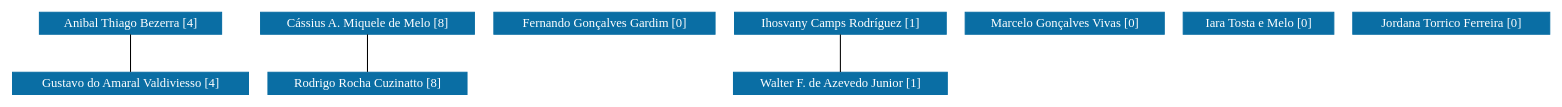
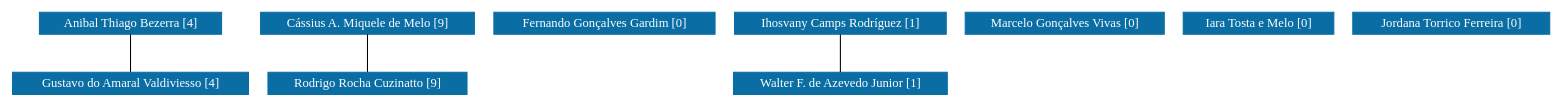
Before and after one commit to icamps/unifal-lattes.github.io: the diagram in PPGF-UNIFAL/grafoDeColaboracoesSemPesos.dot, drawn with Graphviz. The commit also changed 854 other files, not shown here.

```diff
--- a/PPGF-UNIFAL/grafoDeColaboracoesSemPesos.dot
+++ b/PPGF-UNIFAL/grafoDeColaboracoesSemPesos.dot
@@ -1,84 +1,84 @@
 strict graph grafo1 {
 	graph [bb="0,0,1207,78",
 		id=grafo1,
 		overlap=False
 	];
 	node [fontsize=12,
 		label="\N",
 		shape=rectangle,
 		style=filled
 	];
 	0	 [URL="membro-8478305453281130.html",
 		color="#0A6EA4",
 		fontcolor="#FFFFFF",
 		height=0.29167,
 		label="Anibal Thiago Bezerra [4]",
 		pos="91.5,67.5",
 		width=1.9861];
 	3	 [URL="membro-4023778019418442.html",
 		color="#0A6EA4",
 		fontcolor="#FFFFFF",
 		height=0.29167,
 		label="Gustavo do Amaral Valdiviesso [4]",
 		pos="91.5,10.5",
 		width=2.5417];
 	0 -- 3	 [pos="91.5,56.779 91.5,46.588 91.5,31.348 91.5,21.173"];
 	1	 [URL="membro-4002033080997386.html",
 		color="#0A6EA4",
 		fontcolor="#FFFFFF",
 		height=0.29167,
-		label="Cássius A. Miquele de Melo [8]",
+		label="Cássius A. Miquele de Melo [9]",
 		pos="278.5,67.5",
 		width=2.3194];
 	6	 [URL="membro-8073303573679522.html",
 		color="#0A6EA4",
 		fontcolor="#FFFFFF",
 		height=0.29167,
-		label="Rodrigo Rocha Cuzinatto [8]",
+		label="Rodrigo Rocha Cuzinatto [9]",
 		pos="278.5,10.5",
 		width=2.1389];
 	1 -- 6	 [pos="278.5,56.779 278.5,46.588 278.5,31.348 278.5,21.173"];
 	2	 [URL="membro-2425549033248106.html",
 		color="#0A6EA4",
 		fontcolor="#FFFFFF",
 		height=0.29167,
 		label="Fernando Gonçalves Gardim [0]",
 		pos="465.5,67.5",
 		width=2.3611];
 	4	 [URL="membro-3732563704810366.html",
 		color="#0A6EA4",
 		fontcolor="#FFFFFF",
 		height=0.29167,
 		label="Ihosvany Camps Rodríguez [1]",
 		pos="650.5,67.5",
 		width=2.2778];
 	7	 [URL="membro-4183276948524704.html",
 		color="#0A6EA4",
 		fontcolor="#FFFFFF",
 		height=0.29167,
 		label="Walter F. de Azevedo Junior [1]",
 		pos="650.5,10.5",
 		width=2.3194];
 	4 -- 7	 [pos="650.5,56.779 650.5,46.588 650.5,31.348 650.5,21.173"];
 	5	 [URL="membro-1312049227898761.html",
 		color="#0A6EA4",
 		fontcolor="#FFFFFF",
 		height=0.29167,
 		label="Marcelo Gonçalves Vivas [0]",
 		pos="828.5,67.5",
 		width=2.1528];
 	8	 [URL="membro-7286059807128292.html",
 		color="#0A6EA4",
 		fontcolor="#FFFFFF",
 		height=0.29167,
 		label="Iara Tosta e Melo [0]",
 		pos="982.5,67.5",
 		width=1.6111];
 	9	 [URL="membro-2740598136336384.html",
 		color="#0A6EA4",
 		fontcolor="#FFFFFF",
 		height=0.29167,
 		label="Jordana Torrico Ferreira [0]",
 		pos="1132.5,67.5",
 		width=2.0694];
 }
```
